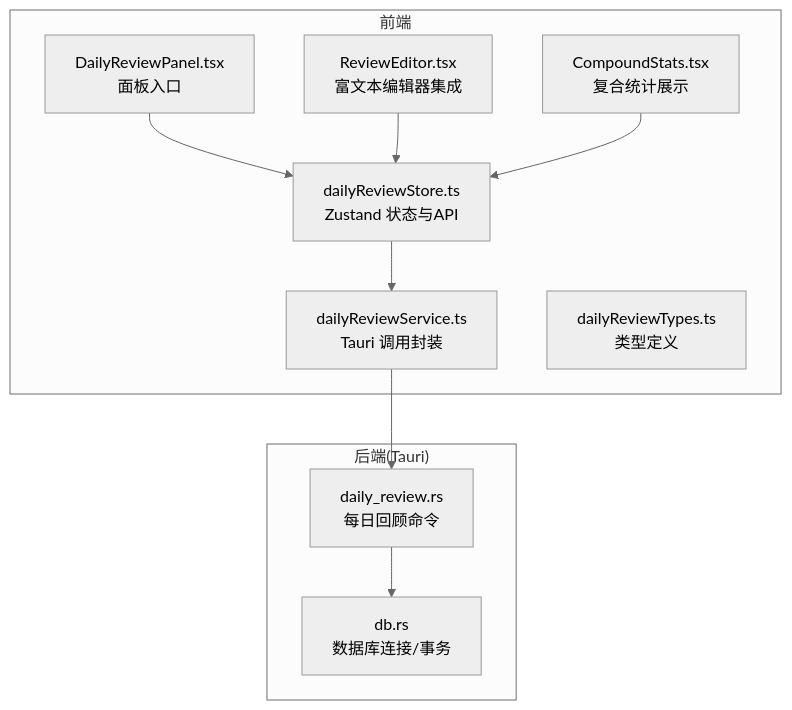
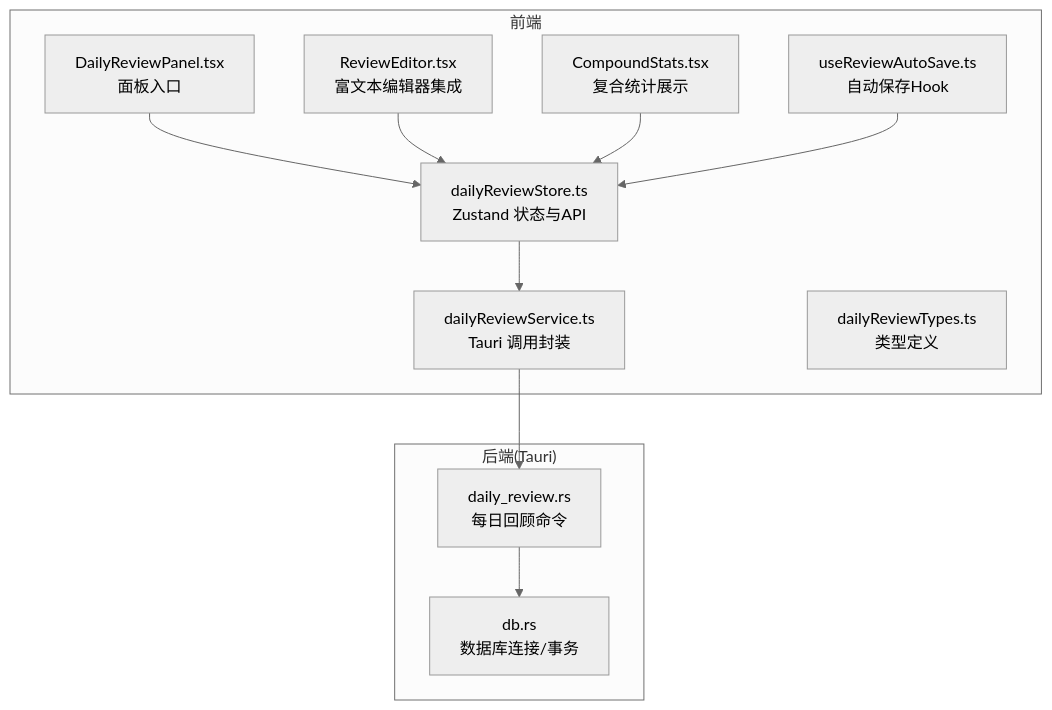
Before and after one commit to gzdxhujiale/FishWorker: the first of 4 diagrams in .qoder/repowiki/zh/content/API 参考文档/前端 Store API/每日回顾 Store API.md, drawn with Mermaid (neutral theme). The commit also changed other lines of this file and 41 other files, not shown here.

````diff
--- a/.qoder/repowiki/zh/content/API 参考文档/前端 Store API/每日回顾 Store API.md
+++ b/.qoder/repowiki/zh/content/API 参考文档/前端 Store API/每日回顾 Store API.md
@@ -33,21 +43,23 @@
 ```mermaid
 graph TB
 subgraph "前端"
 A["dailyReviewStore.ts<br/>Zustand 状态与API"]
 B["dailyReviewService.ts<br/>Tauri 调用封装"]
 C["dailyReviewTypes.ts<br/>类型定义"]
 D["DailyReviewPanel.tsx<br/>面板入口"]
 E["ReviewEditor.tsx<br/>富文本编辑器集成"]
 F["CompoundStats.tsx<br/>复合统计展示"]
+G["useReviewAutoSave.ts<br/>自动保存Hook"]
 end
 subgraph "后端(Tauri)"
-G["daily_review.rs<br/>每日回顾命令"]
-H["db.rs<br/>数据库连接/事务"]
+H["daily_review.rs<br/>每日回顾命令"]
+I["db.rs<br/>数据库连接/事务"]
 end
 A --> B
 D --> A
 E --> A
 F --> A
-B --> G
-G --> H
+G --> A
+B --> H
+H --> I
 ```
````
